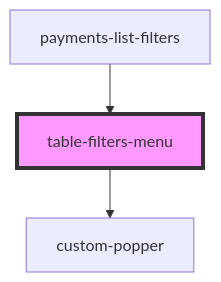
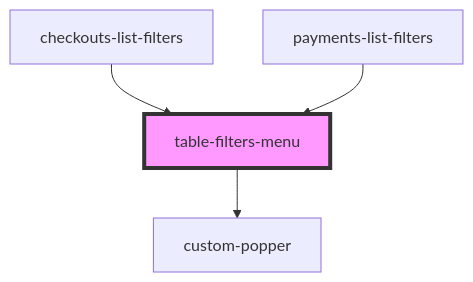
Before and after one commit to justifi-tech/web-component-library: the diagram in packages/webcomponents/src/ui-components/filters/readme.md, drawn with Mermaid. The commit also changed other lines of this file and 16 other files, not shown here.

````diff
--- a/packages/webcomponents/src/ui-components/filters/readme.md
+++ b/packages/webcomponents/src/ui-components/filters/readme.md
@@ -34,6 +35,7 @@
 ```mermaid
 graph TD;
   table-filters-menu --> custom-popper
+  checkouts-list-filters --> table-filters-menu
   payments-list-filters --> table-filters-menu
   style table-filters-menu fill:#f9f,stroke:#333,stroke-width:4px
 ```
````
